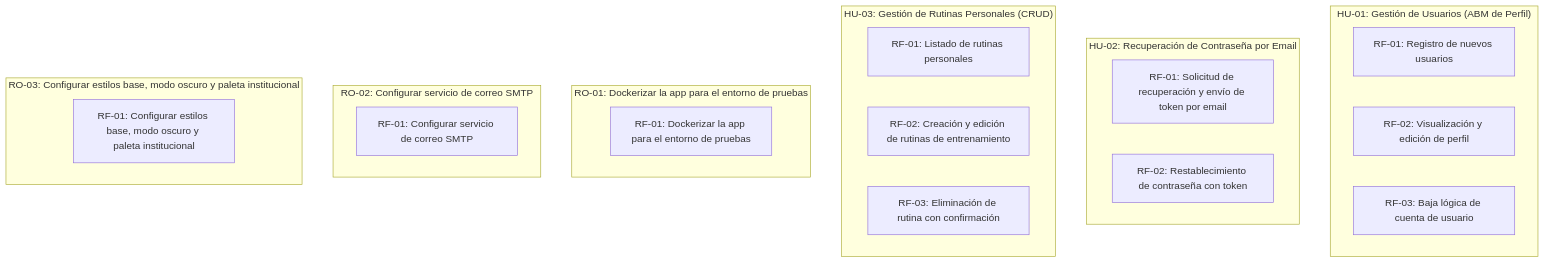
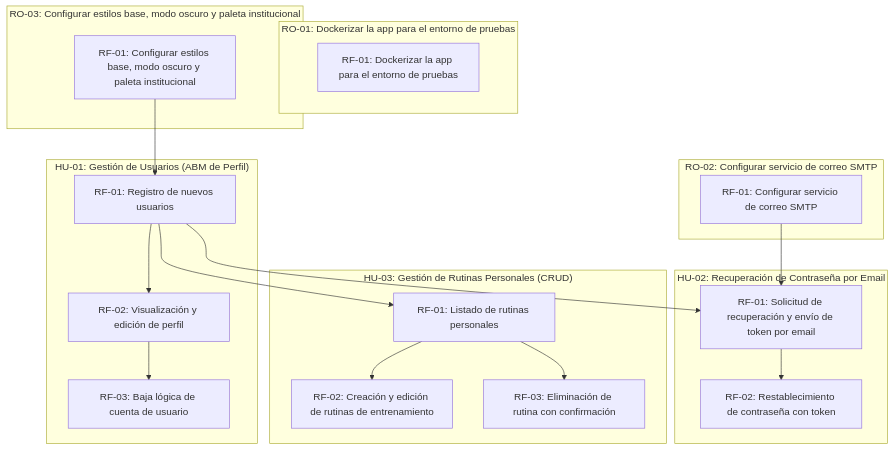
The diagram in scrumDocs/grafo.md (Agustin-PerezR/FitArg), drawn with Mermaid before and after one commit. The commit also changed other lines of this file, not shown here.

Commit message:
Auto-publish: actualiza scrumDocs/grafo.md

````diff
--- a/scrumDocs/grafo.md
+++ b/scrumDocs/grafo.md
@@ -5,26 +5,35 @@
 ```mermaid
 graph TD
   subgraph US_1788961186890["HU-01: Gestión de Usuarios (ABM de Perfil)"]
     REQ_1788962591125["RF-01: Registro de nuevos usuarios"]
     REQ_1788962599160["RF-02: Visualización y edición de perfil"]
     REQ_1788962657708["RF-03: Baja lógica de cuenta de usuario"]
   end
   subgraph US_1788961195716["HU-02: Recuperación de Contraseña por Email"]
     REQ_1788962657905["RF-01: Solicitud de recuperación y envío de token por email"]
     REQ_1788962658008["RF-02: Restablecimiento de contraseña con token"]
   end
   subgraph US_1788961200799["HU-03: Gestión de Rutinas Personales (CRUD)"]
     REQ_1788962658133["RF-01: Listado de rutinas personales"]
     REQ_1788962658244["RF-02: Creación y edición de rutinas de entrenamiento"]
     REQ_1788962658342["RF-03: Eliminación de rutina con confirmación"]
   end
   subgraph US_1788962846177["RO-01: Dockerizar la app para el entorno de pruebas"]
     REQ_1788962846188["RF-01: Dockerizar la app para el entorno de pruebas"]
   end
   subgraph US_1788962858890["RO-02: Configurar servicio de correo SMTP"]
     REQ_1788962858900["RF-01: Configurar servicio de correo SMTP"]
   end
   subgraph US_1788962859056["RO-03: Configurar estilos base, modo oscuro y paleta institucional"]
     REQ_1788962859059["RF-01: Configurar estilos base, modo oscuro y paleta institucional"]
   end
+  REQ_1788962859059 --> REQ_1788962591125
+  REQ_1788962591125 --> REQ_1788962599160
+  REQ_1788962599160 --> REQ_1788962657708
+  REQ_1788962591125 --> REQ_1788962657905
+  REQ_1788962858900 --> REQ_1788962657905
+  REQ_1788962657905 --> REQ_1788962658008
+  REQ_1788962591125 --> REQ_1788962658133
+  REQ_1788962658133 --> REQ_1788962658244
+  REQ_1788962658133 --> REQ_1788962658342
 ```
````
